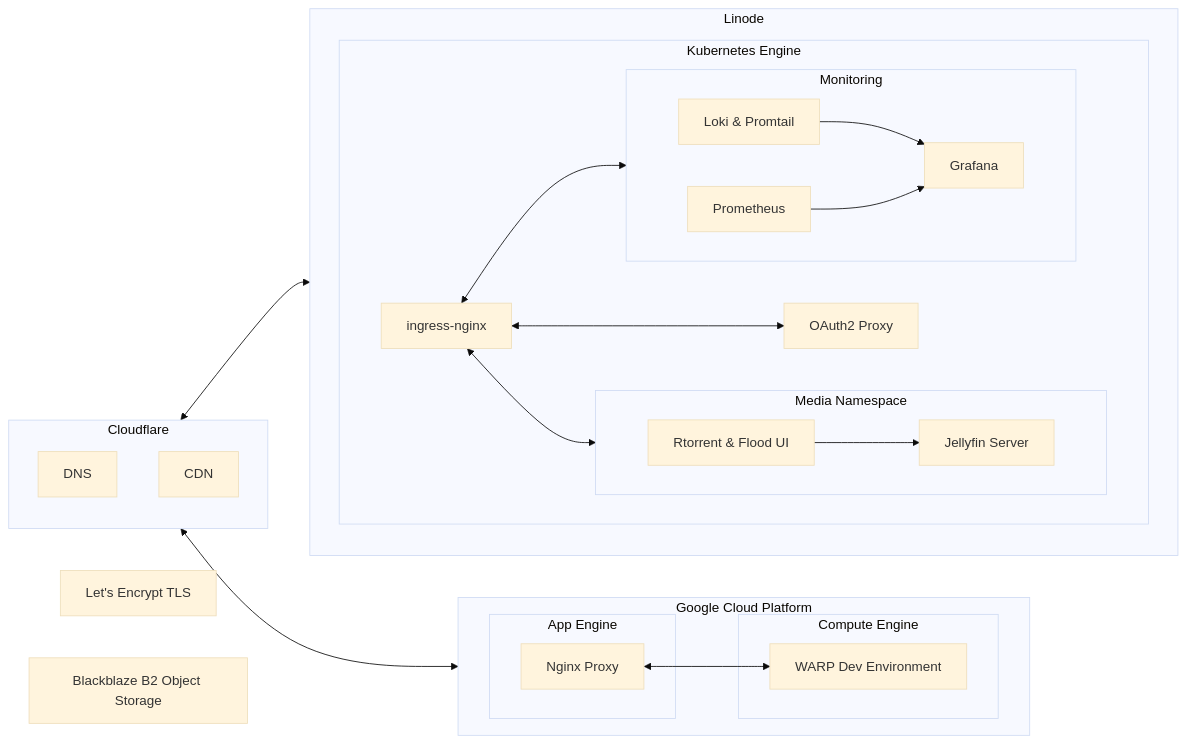
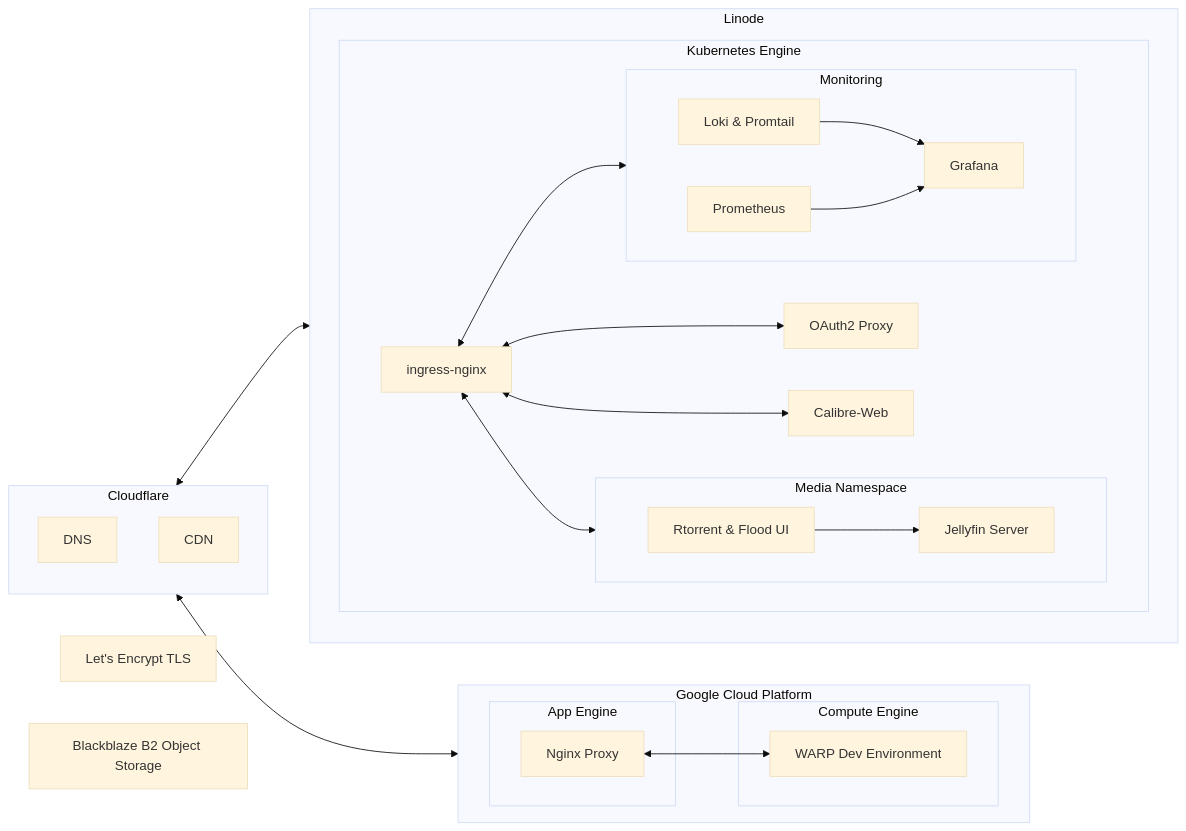
The diagram in README.md (mrzzy/nimbus), drawn with Mermaid (base theme) before and after one commit. The commit also changed other lines of this file, not shown here.

Commit message:
docs: document Calibre-Web in README

````diff
--- a/README.md
+++ b/README.md
@@ -13,39 +13,39 @@
 ```mermaid
 flowchart LR
     tls[Let's Encrypt TLS]
     b2[Blackblaze B2 Object Storage]
 
     subgraph cf[Cloudflare]
         direction TB
         DNS
         CDN
     end
 
     cf[Cloudflare] <--> linode & gcp
 
     subgraph gcp[Google Cloud Platform]
         direction LR
         subgraph gae[App Engine]
             proxy[Nginx Proxy]
         end
         subgraph gce[Compute Engine]
             dev-env[WARP Dev Environment]
         end
         proxy <--> dev-env
     end
     subgraph linode[Linode]
         subgraph lke[Kubernetes Engine]
             direction LR
             ingress[ingress-nginx] <--> oauth[OAuth2 Proxy]
-            ingress <--> media & monitoring
+            ingress <--> media & monitoring & calibre-web[Calibre-Web]
             subgraph media[Media Namespace]
                 torrent[Rtorrent & Flood UI] -->  media-svr[Jellyfin Server]
             end
             subgraph monitoring[Monitoring]
                 log[Loki & Promtail]
                 metrics[Prometheus]
                 log & metrics --> dashboard[Grafana]
             end
         end
     end
 ```
````
